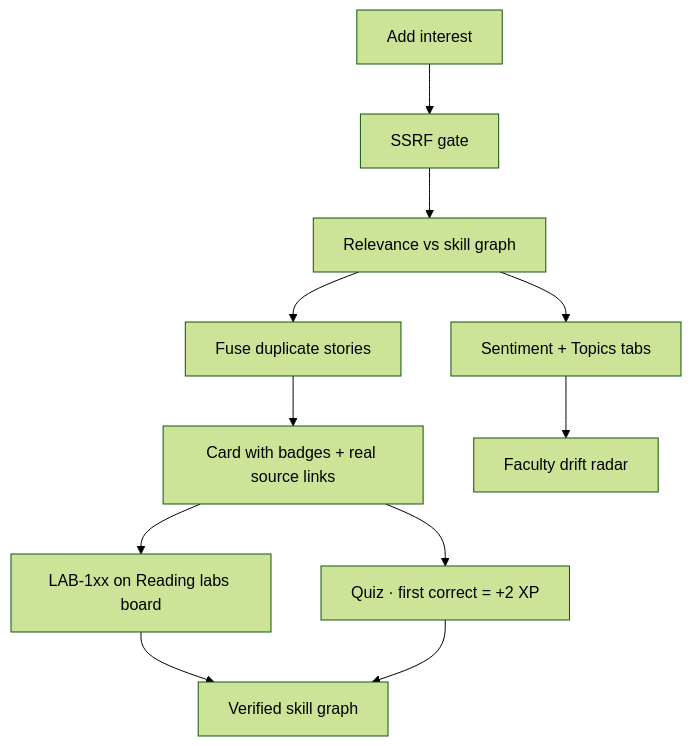
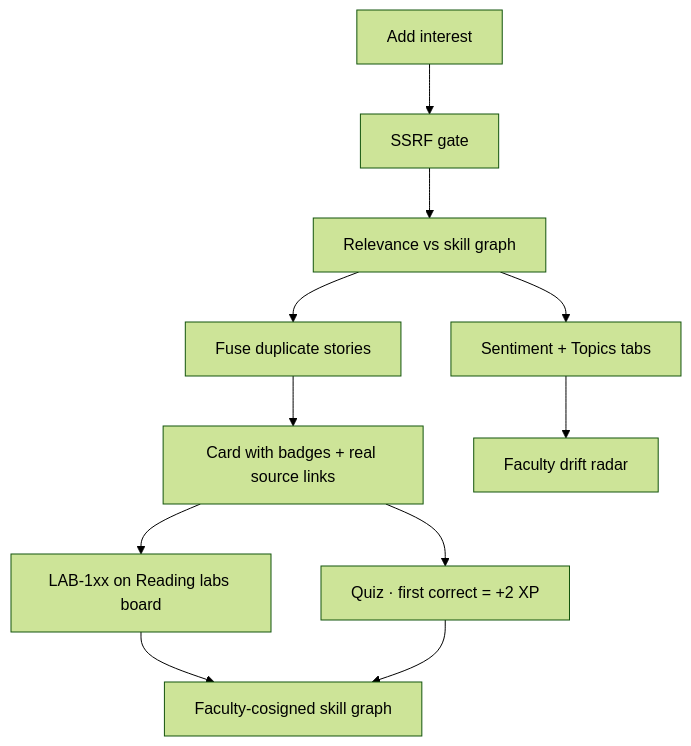
The second of 2 diagrams in README.md (ramasamyp-aiengineer/campusflow-ai), drawn with Mermaid (forest theme) before and after one commit. The commit also changed other lines of this file and 68 other files, not shown here.

````diff
--- a/README.md
+++ b/README.md
@@ -117,13 +117,13 @@
 ```mermaid
 flowchart TB
   A[Add interest] --> B[SSRF gate]
   B --> C[Relevance vs skill graph]
   C --> D[Fuse duplicate stories]
   D --> E[Card with badges + real source links]
   E --> F[LAB-1xx on Reading labs board]
   E --> G[Quiz · first correct = +2 XP]
-  F --> H[Verified skill graph]
+  F --> H[Faculty-cosigned skill graph]
   G --> H
   C --> I[Sentiment + Topics tabs]
   I --> J[Faculty drift radar]
 ```
````
